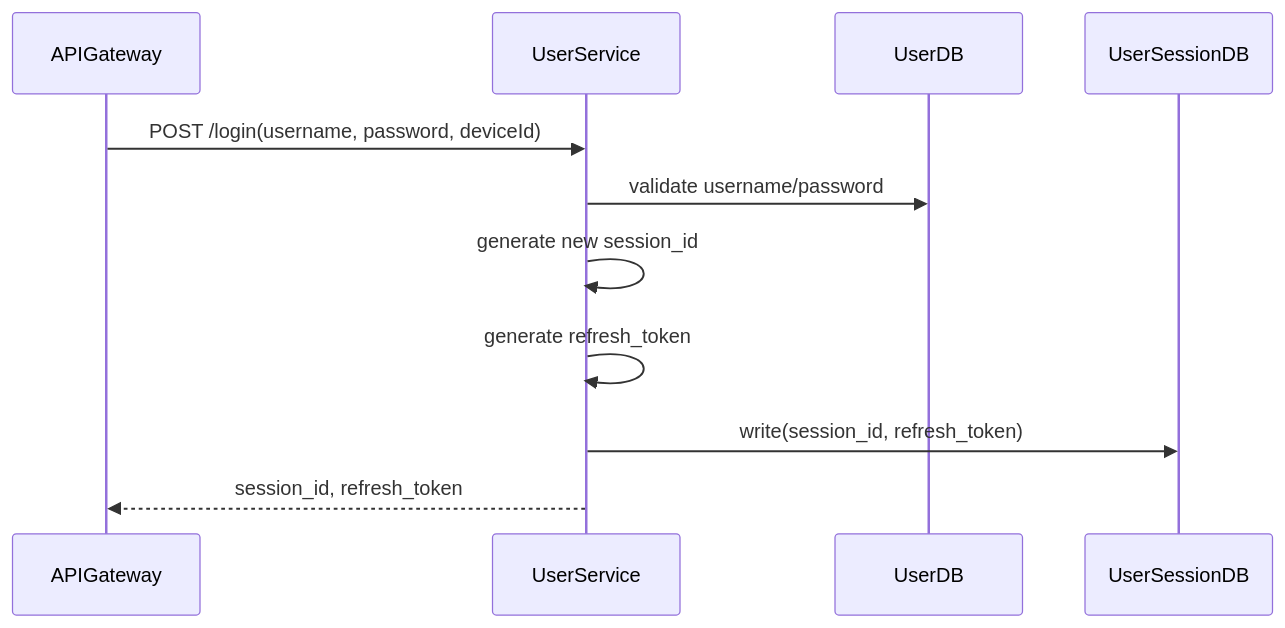
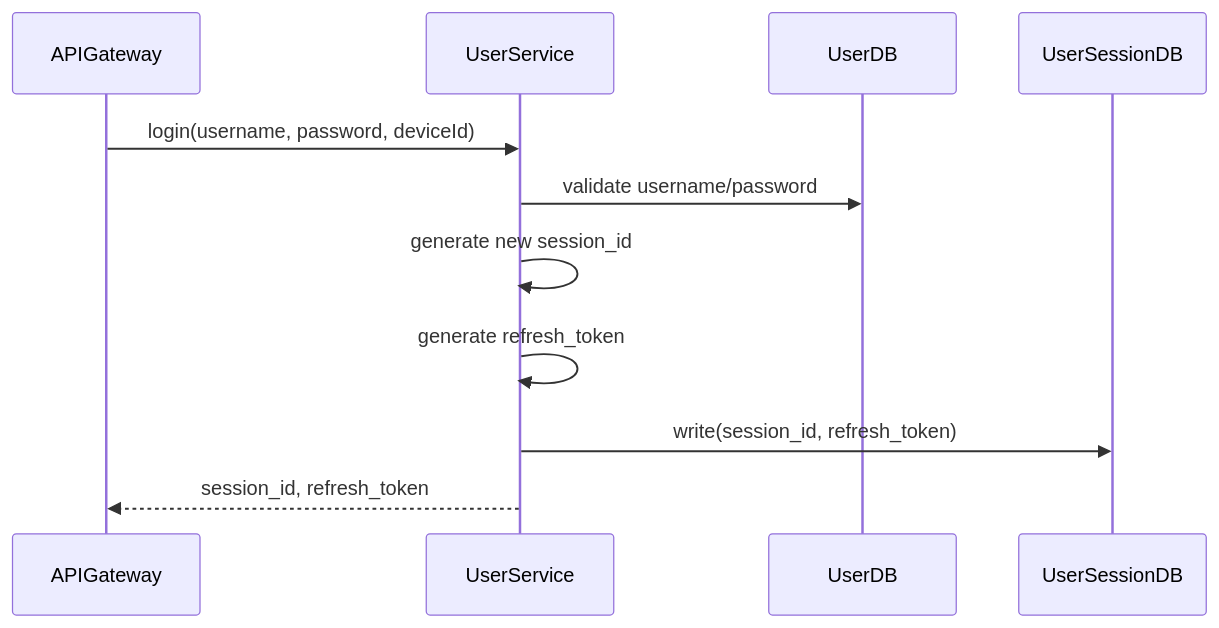
The fifth of 8 diagrams in document/UserServiceDesign.md (tungminh111/Crypto-Exchange-System), drawn with Mermaid before and after one commit. The commit also changed other lines of this file and 1 other file, not shown here.

Commit message:
fix mermaid format

````diff
--- a/document/UserServiceDesign.md
+++ b/document/UserServiceDesign.md
@@ -64,13 +64,13 @@
 ```mermaid
 sequenceDiagram
     participant api as APIGateway
     participant us as UserService
     participant udb as UserDB
     participant usdb as UserSessionDB
-    api ->> us: POST /login(username, password, deviceId)
+    api ->> us: login(username, password, deviceId)
     us ->> udb: validate username/password
     us ->> us: generate new session_id
     us ->> us: generate refresh_token
     us ->> usdb: write(session_id, refresh_token)
     us -->> api: session_id, refresh_token
 ```
````
